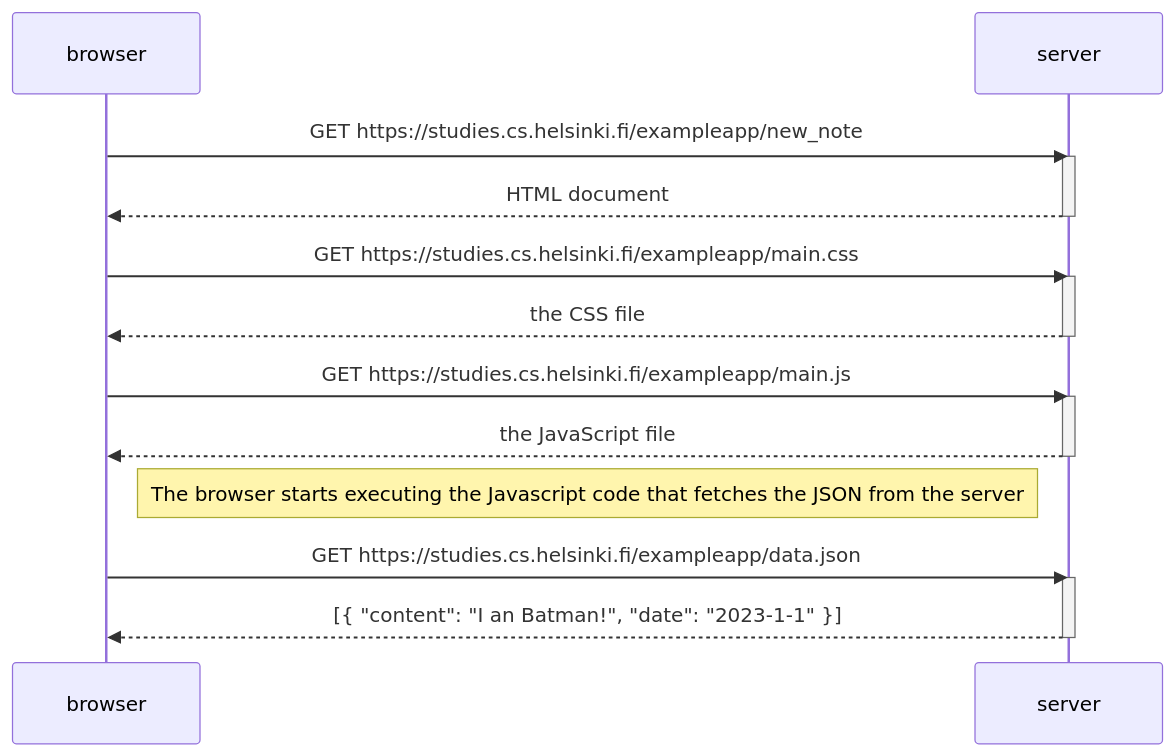
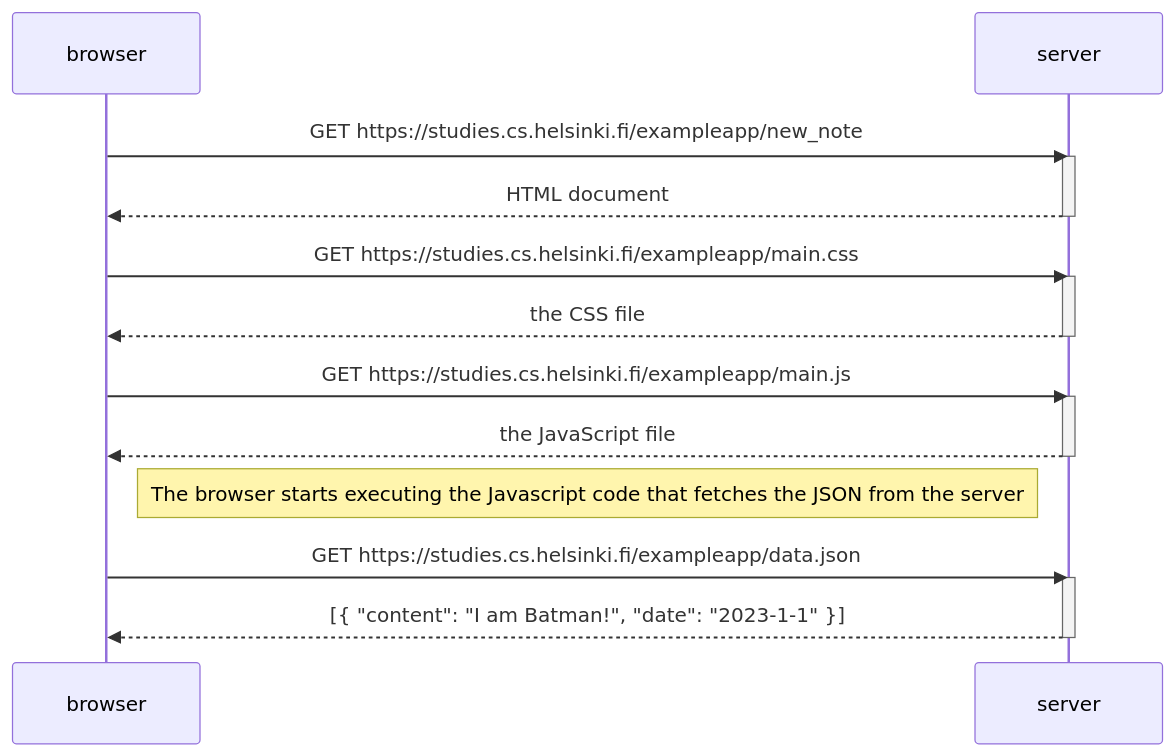
Before and after one commit to skywokerr/FullStack--Open: the diagram in part 0/new note diagram.md, drawn with Mermaid.

Commit message:
typo change

````diff
--- a/part 0/new note diagram.md
+++ b/part 0/new note diagram.md
@@ -1,27 +1,27 @@
 ```mermaid
 sequenceDiagram
     participant browser
     participant server
 
     browser ->> server: GET https://studies.cs.helsinki.fi/exampleapp/new_note
     activate server
     server -->> browser: HTML document
     deactivate server
 
     browser ->> server: GET https://studies.cs.helsinki.fi/exampleapp/main.css
     activate server
     server -->> browser: the CSS file
     deactivate server
 
     browser ->> server: GET https://studies.cs.helsinki.fi/exampleapp/main.js
     activate server
     server -->> browser: the JavaScript file
     deactivate server
 
     Note right of browser: The browser starts executing the Javascript code that fetches the JSON from the server
 
     browser ->> server: GET https://studies.cs.helsinki.fi/exampleapp/data.json
     activate server
-    server -->> browser: [{ "content": "I an Batman!", "date": "2023-1-1" }]
+    server -->> browser: [{ "content": "I am Batman!", "date": "2023-1-1" }]
     deactivate server
 ```
````
